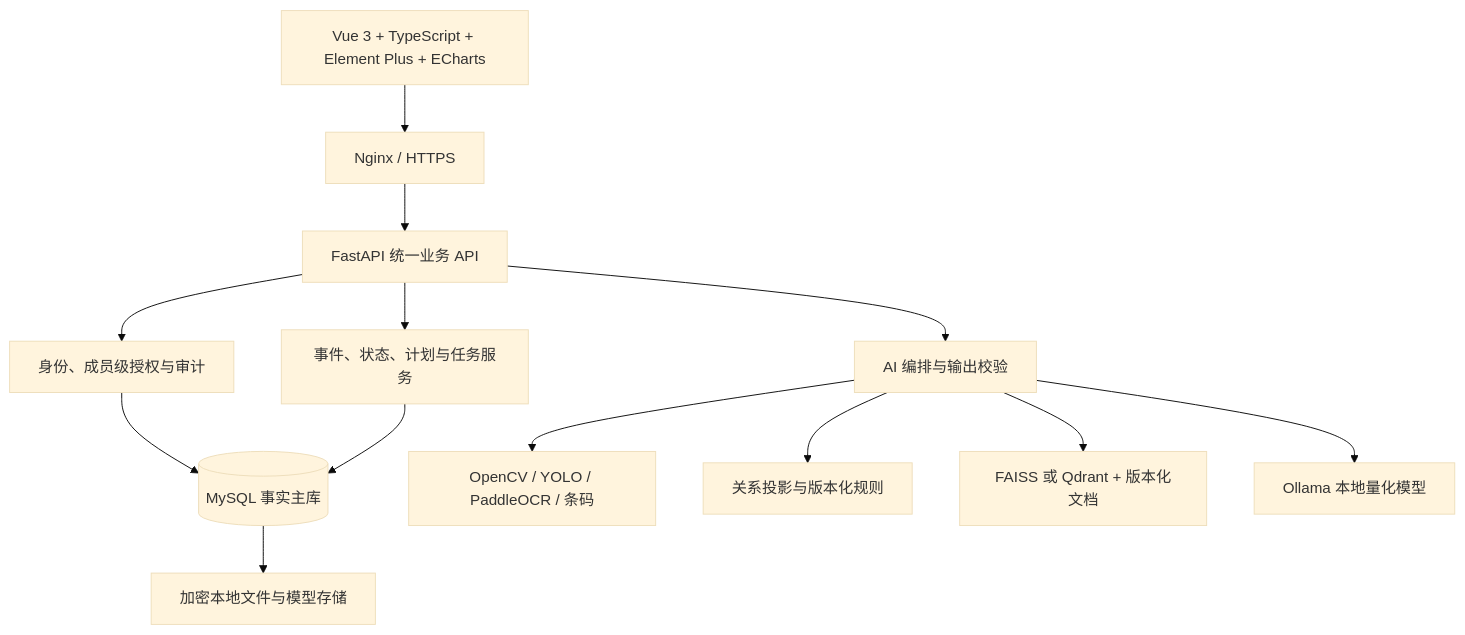
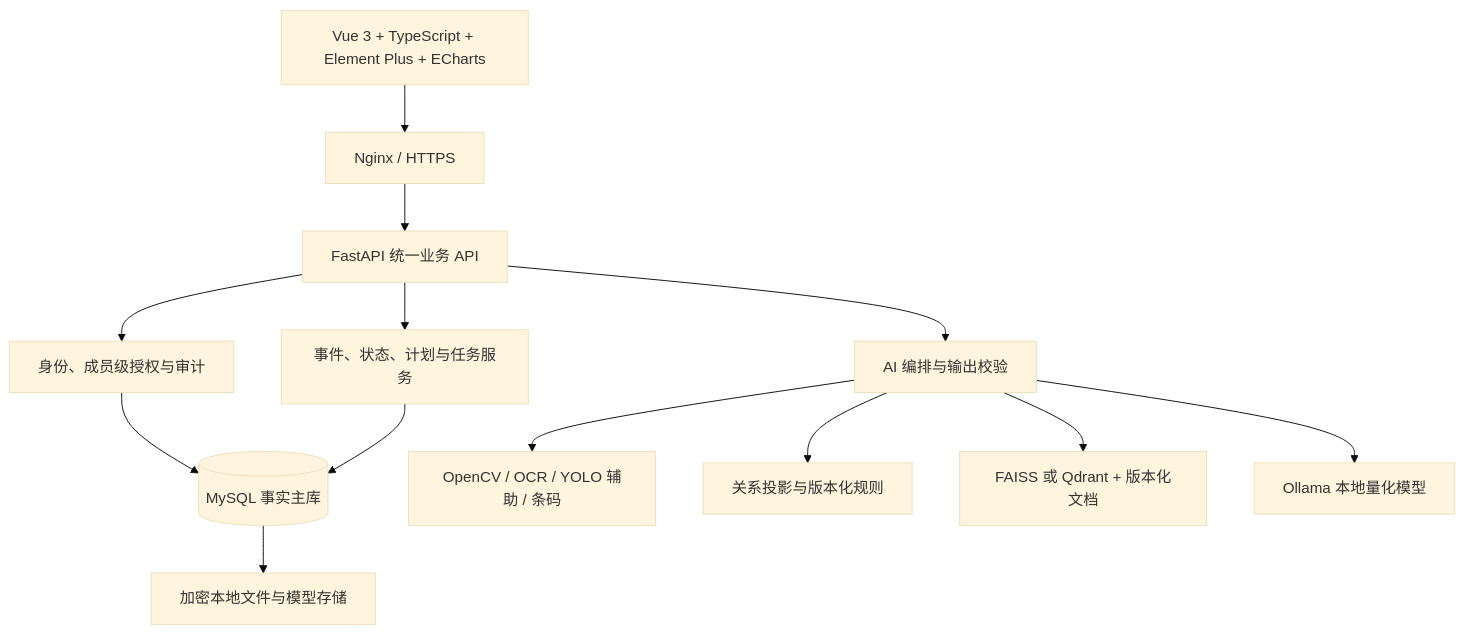
Before and after one commit to Meyt1n/issedu_ysu2026_3709: the second of 2 diagrams in README.md, drawn with Mermaid (base theme). The commit also changed other lines of this file and 16 other files, not shown here.

````diff
--- a/README.md
+++ b/README.md
@@ -62,15 +63,15 @@
 ```mermaid
 flowchart TB
     UI["Vue 3 + TypeScript + Element Plus + ECharts"] --> GW["Nginx / HTTPS"]
     GW --> API["FastAPI 统一业务 API"]
     API --> AUTH["身份、成员级授权与审计"]
     API --> EVENT["事件、状态、计划与任务服务"]
     API --> ORCH["AI 编排与输出校验"]
     AUTH --> DB[("MySQL 事实主库")]
     EVENT --> DB
-    ORCH --> CV["OpenCV / YOLO / PaddleOCR / 条码"]
+    ORCH --> CV["OpenCV / OCR / YOLO 辅助 / 条码"]
     ORCH --> RULE["关系投影与版本化规则"]
     ORCH --> RAG["FAISS 或 Qdrant + 版本化文档"]
     ORCH --> LLM["Ollama 本地量化模型"]
     DB --> FILES["加密本地文件与模型存储"]
 ```
````
